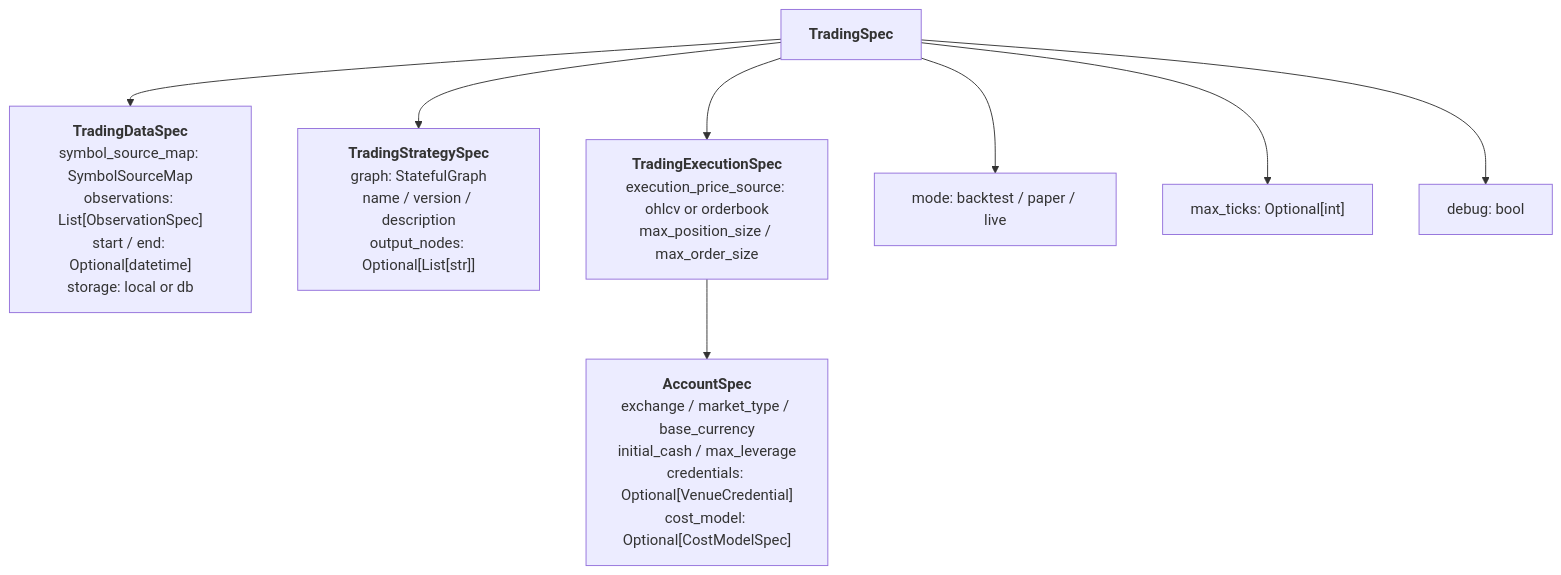
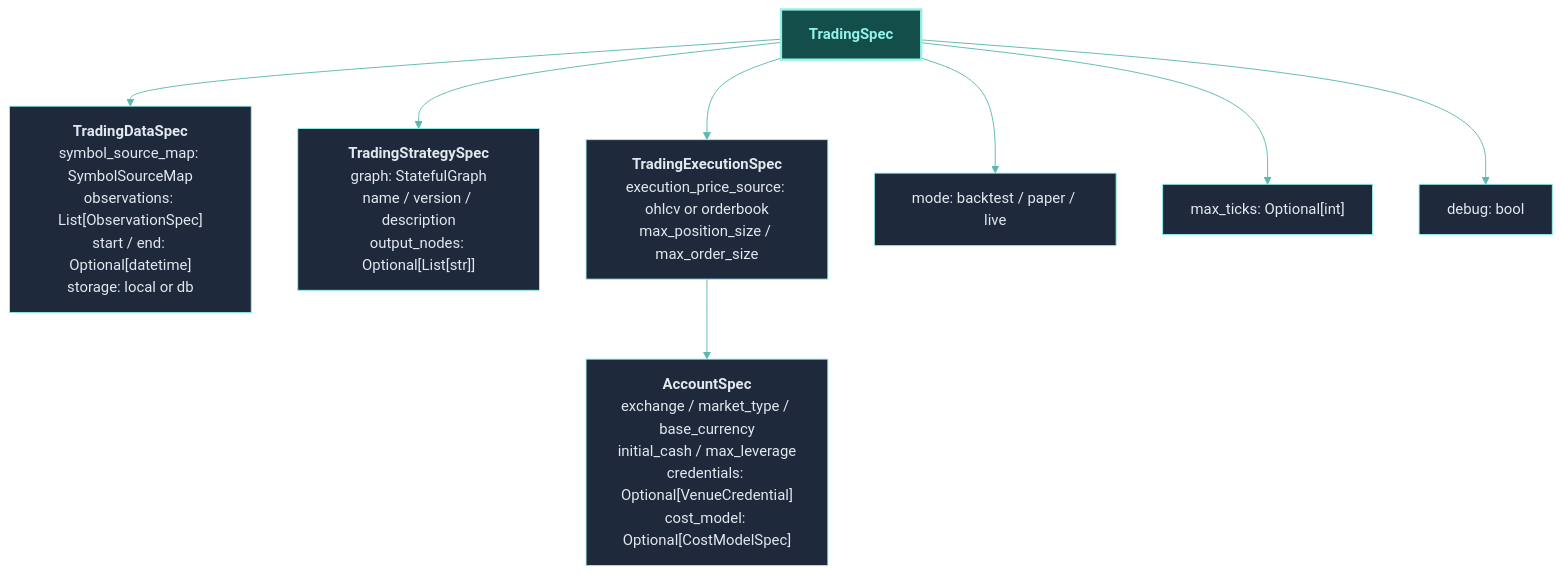
One commit to Clypt/docs changed the diagram in engine/trading-spec.mdx. Above: the diagram before and after it, drawn with Mermaid. The commit also changed other lines of this file and 73 other files, not shown here.

````diff
--- a/engine/trading-spec.mdx
+++ b/engine/trading-spec.mdx
@@ -21,19 +21,24 @@
 ```mermaid
+%%{init: {'theme': 'base', 'themeVariables': { 'primaryColor': '#1e293b', 'primaryTextColor': '#e2e8f0', 'primaryBorderColor': '#94F1E8', 'lineColor': '#5bb8b0', 'clusterBkg': '#0f172a', 'clusterBorder': '#1e3a3a', 'titleColor': '#94F1E8', 'edgeLabelBackground': 'transparent' }}}%%
 graph TD
+    classDef highlight fill:#134e4a,stroke:#94F1E8,stroke-width:2.5px,color:#94F1E8
+
     TS["<b>TradingSpec</b>"]
     DS["<b>TradingDataSpec</b><br>symbol_source_map: SymbolSourceMap<br>observations: List[ObservationSpec]<br>start / end: Optional[datetime]<br>storage: local or db"]
     SS["<b>TradingStrategySpec</b><br>graph: StatefulGraph<br>name / version / description<br>output_nodes: Optional[List[str]]"]
     ES["<b>TradingExecutionSpec</b><br>execution_price_source: ohlcv or orderbook<br>max_position_size / max_order_size"]
     AS["<b>AccountSpec</b><br>exchange / market_type / base_currency<br>initial_cash / max_leverage<br>credentials: Optional[VenueCredential]<br>cost_model: Optional[CostModelSpec]"]
     MD["mode: backtest / paper / live"]
     MT["max_ticks: Optional[int]"]
     DB["debug: bool"]
 
     TS --> DS
     TS --> SS
     TS --> ES
     ES --> AS
     TS --> MD
     TS --> MT
     TS --> DB
+
+    class TS highlight
 ```
````
